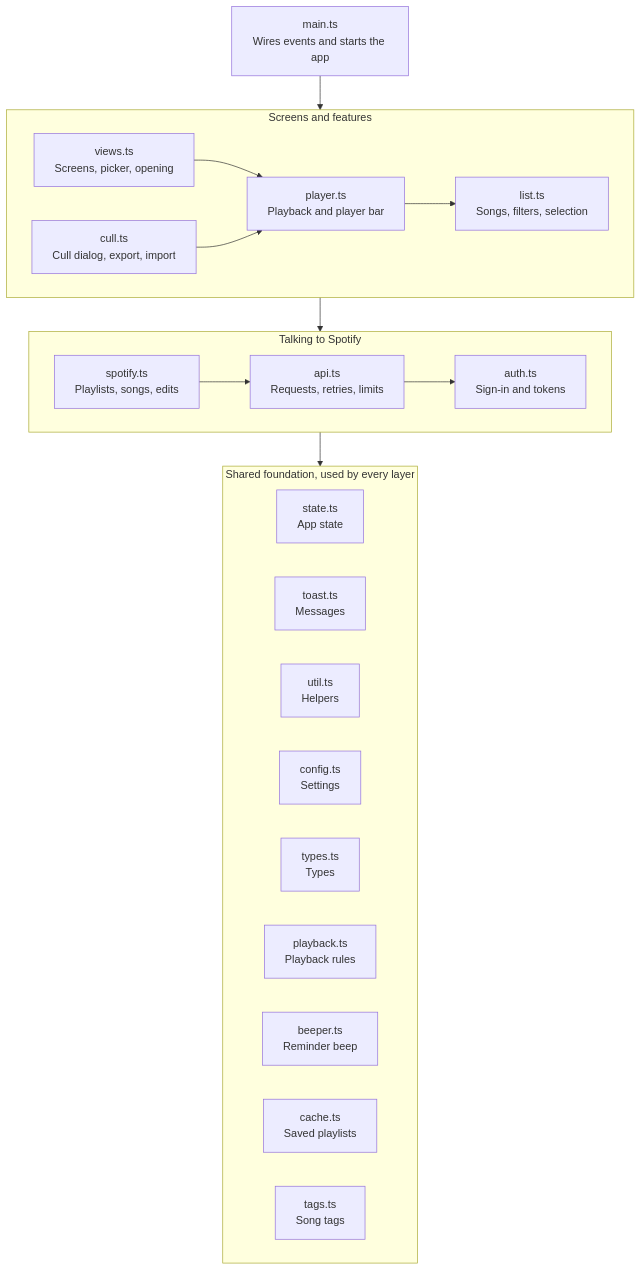
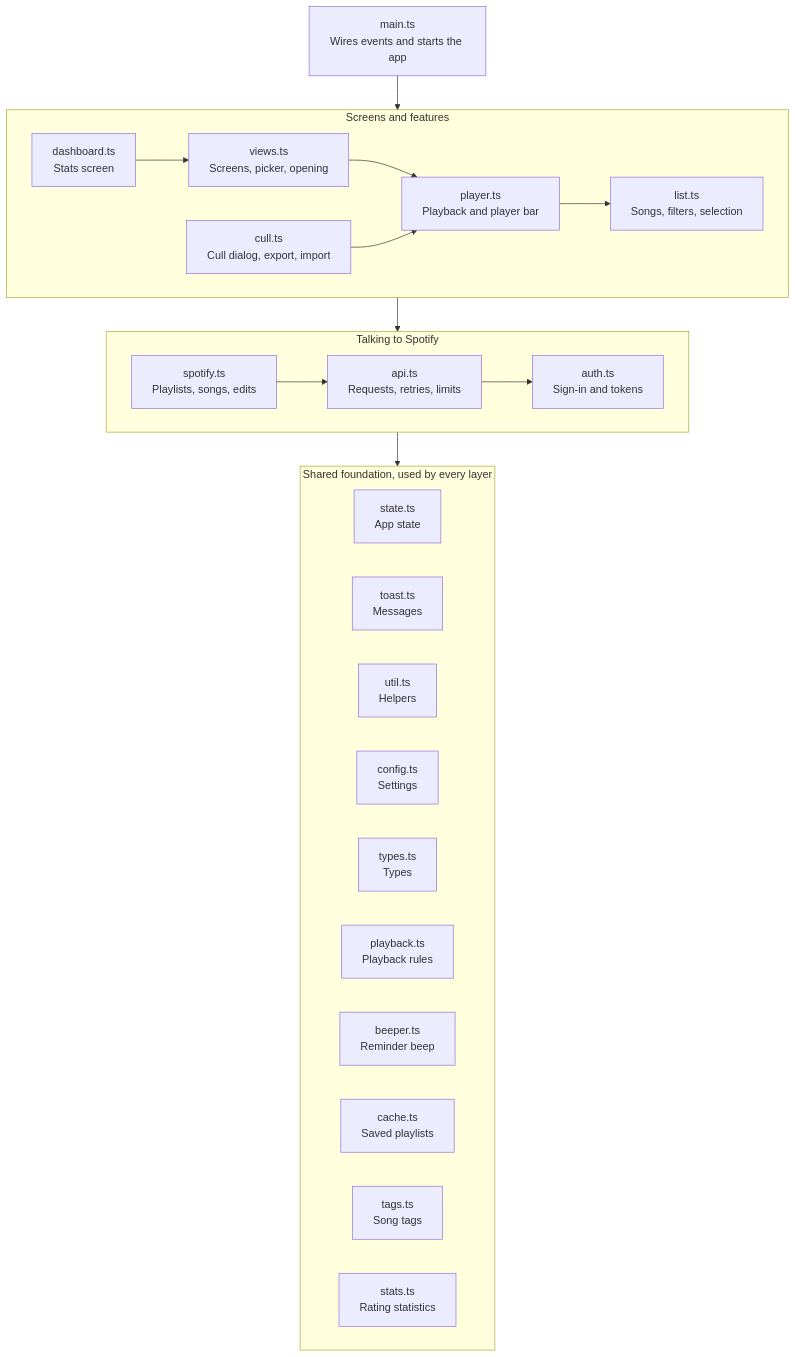
Before and after one commit to Jamman214/cullture: the diagram in docs/project-layout.md, drawn with Mermaid. The commit also changed other lines of this file and 20 other files, not shown here.

First line of the commit message:
Add a Stats screen: ratings, artist treemap, top artists and albums, decades, activity

````diff
--- a/docs/project-layout.md
+++ b/docs/project-layout.md
@@ -36,37 +38,40 @@
 ```mermaid
 flowchart TD
     main["main.ts<br/>Wires events and starts the app"]
 
     subgraph features["Screens and features"]
         views["views.ts<br/>Screens, picker, opening"]
+        dashboard["dashboard.ts<br/>Stats screen"]
+        dashboard --> views
         cull["cull.ts<br/>Cull dialog, export, import"]
         player["player.ts<br/>Playback and player bar"]
         list["list.ts<br/>Songs, filters, selection"]
         views --> player
         cull --> player
         player --> list
     end
 
     subgraph spotifyLayer["Talking to Spotify"]
         spotify["spotify.ts<br/>Playlists, songs, edits"]
         api["api.ts<br/>Requests, retries, limits"]
         auth["auth.ts<br/>Sign-in and tokens"]
         spotify --> api --> auth
     end
 
     subgraph foundation["Shared foundation, used by every layer"]
         state["state.ts<br/>App state"]
         toast["toast.ts<br/>Messages"]
         util["util.ts<br/>Helpers"]
         config["config.ts<br/>Settings"]
         types["types.ts<br/>Types"]
         playback["playback.ts<br/>Playback rules"]
         beeper["beeper.ts<br/>Reminder beep"]
         cache["cache.ts<br/>Saved playlists"]
         tags["tags.ts<br/>Song tags"]
+        stats["stats.ts<br/>Rating statistics"]
     end
 
     main --> features
     features --> spotifyLayer
     spotifyLayer --> foundation
 ```
````
